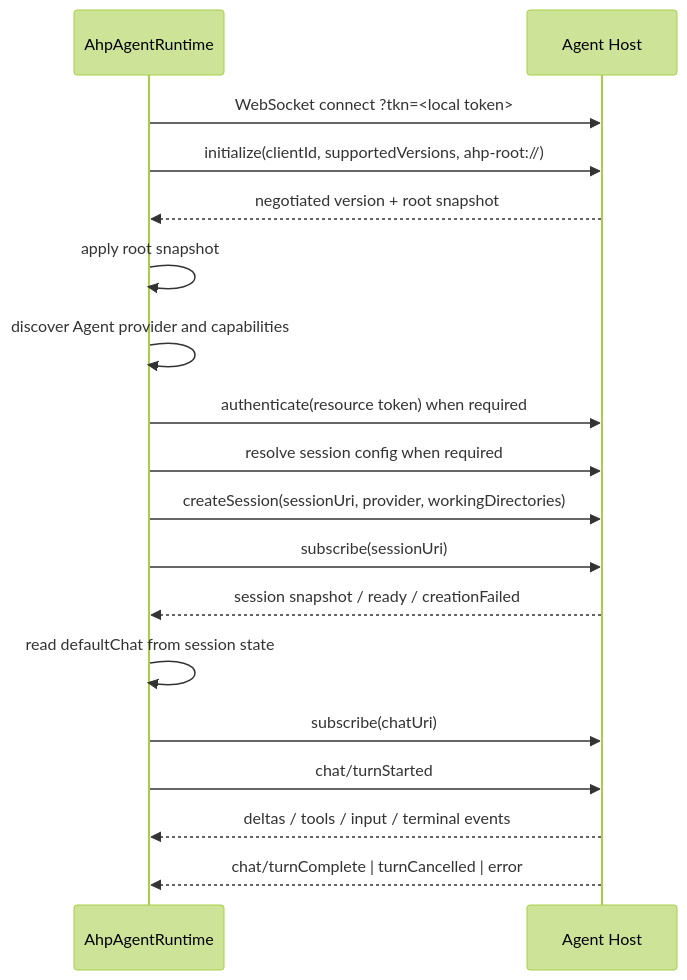
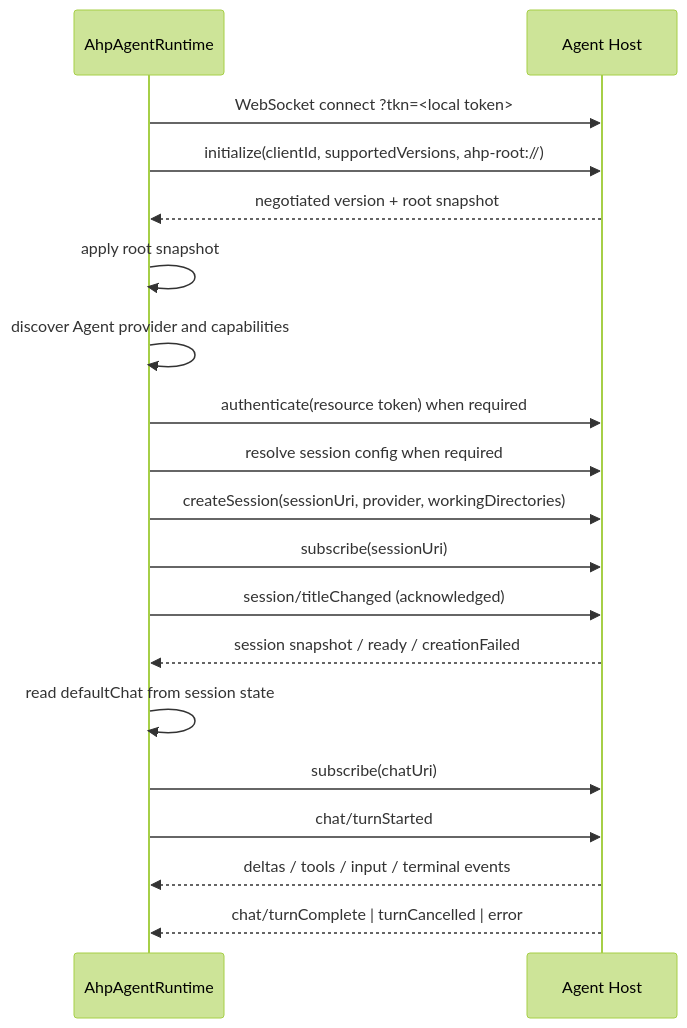
Before and after one commit to weivea/copilot-agent-mesh: the fourth of 5 diagrams in docs/technical-implementation.md, drawn with Mermaid (forest theme). The commit also changed other lines of this file and 28 other files, not shown here.

````diff
--- a/docs/technical-implementation.md
+++ b/docs/technical-implementation.md
@@ -717,21 +733,22 @@
 ```mermaid
 sequenceDiagram
     participant M as AhpAgentRuntime
     participant H as Agent Host
 
     M->>H: WebSocket connect ?tkn=<local token>
     M->>H: initialize(clientId, supportedVersions, ahp-root://)
     H-->>M: negotiated version + root snapshot
     M->>M: apply root snapshot
     M->>M: discover Agent provider and capabilities
     M->>H: authenticate(resource token) when required
     M->>H: resolve session config when required
     M->>H: createSession(sessionUri, provider, workingDirectories)
     M->>H: subscribe(sessionUri)
+    M->>H: session/titleChanged (acknowledged)
     H-->>M: session snapshot / ready / creationFailed
     M->>M: read defaultChat from session state
     M->>H: subscribe(chatUri)
     M->>H: chat/turnStarted
     H-->>M: deltas / tools / input / terminal events
     H-->>M: chat/turnComplete | turnCancelled | error
 ```
````
